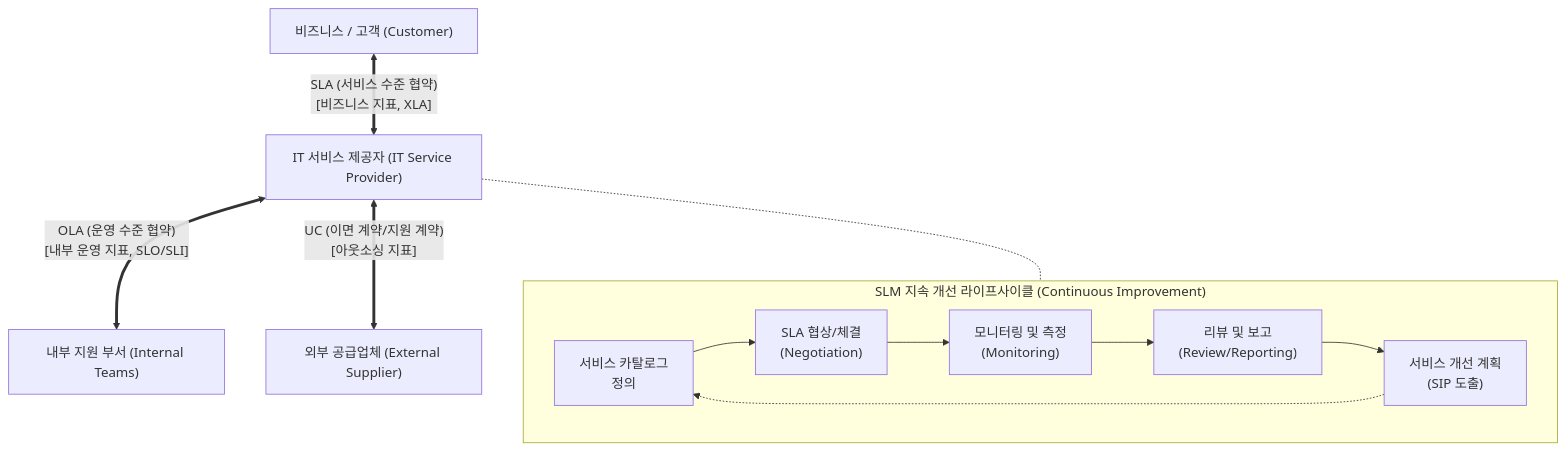
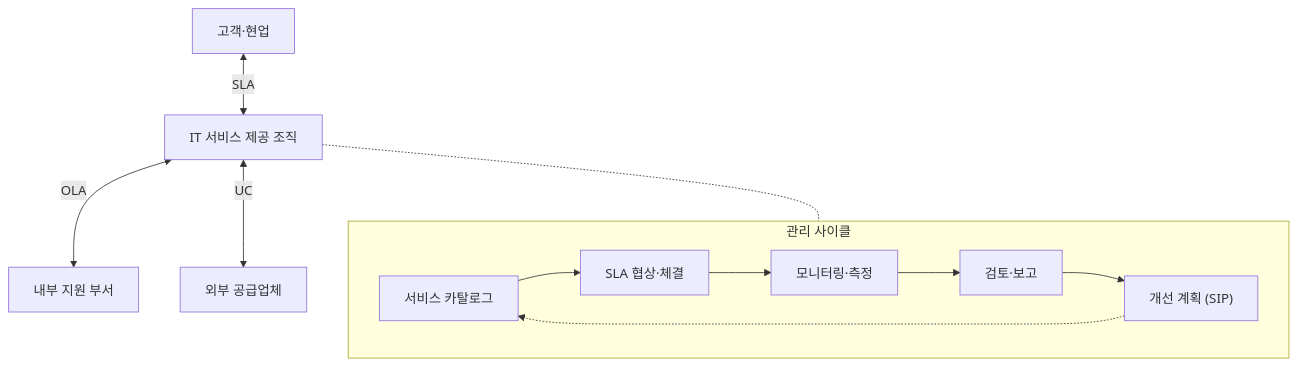
Before and after one commit to supremethumb/supremethumb.github.io: the diagram in content/01_IT Tech/서비스 수준 관리.md, drawn with Mermaid. The commit also changed other lines of this file and 1087 other files, not shown here.

````diff
--- a/content/01_IT Tech/서비스 수준 관리.md
+++ b/content/01_IT Tech/서비스 수준 관리.md
@@ -27,23 +35,12 @@
 ```mermaid
 flowchart TB
-    Customer["비즈니스 / 고객 (Customer)"]
-    ISP["IT 서비스 제공자 (IT Service Provider)"]
-    Internal["내부 지원 부서 (Internal Teams)"]
-    Supplier["외부 공급업체 (External Supplier)"]
-
-    Customer <== "SLA (서비스 수준 협약)\n[비즈니스 지표, XLA]" ==> ISP
-    ISP <== "OLA (운영 수준 협약)\n[내부 운영 지표, SLO/SLI]" ==> Internal
-    ISP <== "UC (이면 계약/지원 계약)\n[아웃소싱 지표]" ==> Supplier
-
-    subgraph SLM_Lifecycle["SLM 지속 개선 라이프사이클 (Continuous Improvement)"]
+    C["고객·현업"] <-->|"SLA"| P["IT 서비스 제공 조직"]
+    P <-->|"OLA"| I["내부 지원 부서"]
+    P <-->|"UC"| S["외부 공급업체"]
+    subgraph L["관리 사이클"]
         direction LR
-        Catalog["서비스 카탈로그\n정의"] --> Agree["SLA 협상/체결\n(Negotiation)"]
-        Agree --> Monitor["모니터링 및 측정\n(Monitoring)"]
-        Monitor --> Report["리뷰 및 보고\n(Review/Reporting)"]
-        Report --> SIP["서비스 개선 계획\n(SIP 도출)"]
-        SIP -.-> Catalog
+        A["서비스 카탈로그"] --> B["SLA 협상·체결"] --> M["모니터링·측정"] --> R["검토·보고"] --> SIP["개선 계획 (SIP)"]
+        SIP -.-> A
     end
-
-    ISP -.- SLM_Lifecycle
-
+    P -.- L
 ```
````
